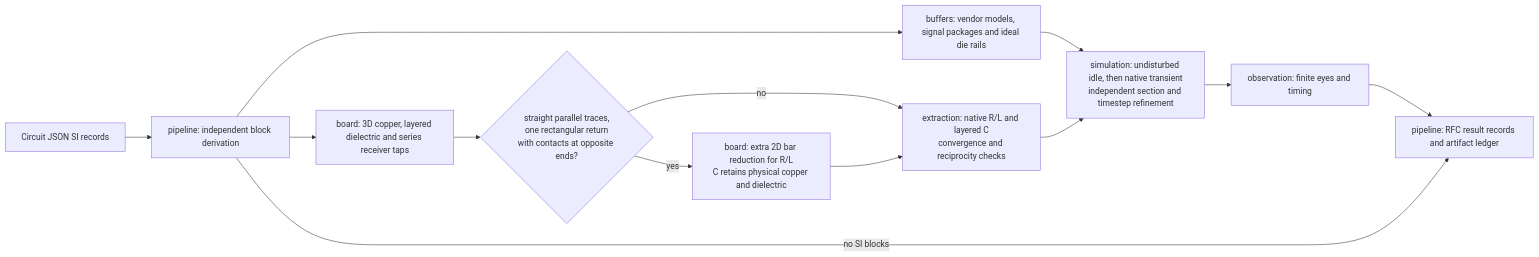
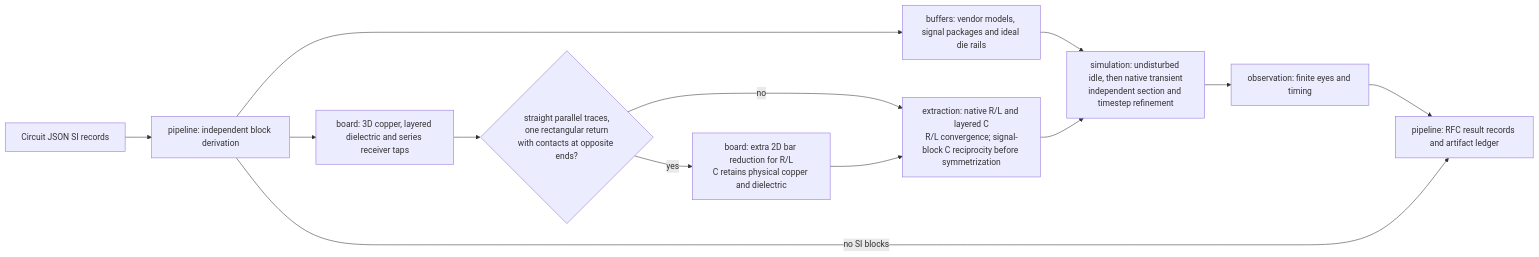
Before and after one commit to tscircuit/pcb-spice-pipeline: the first of 2 diagrams in docs/ARCHITECTURE.md, drawn with Mermaid. The commit also changed other lines of this file and 12 other files, not shown here.

Commit message:
fix: ground capacitance and symmetrize only after signal reciprocity passes

````diff
--- a/docs/ARCHITECTURE.md
+++ b/docs/ARCHITECTURE.md
@@ -9,15 +9,15 @@
 ```mermaid
 flowchart LR
   source["Circuit JSON SI records"] --> derive["pipeline: independent block derivation"]
   derive --> board3d["board: 3D copper, layered dielectric and series receiver taps"]
   board3d --> check{"straight parallel traces,<br/>one rectangular return<br/>with contacts at opposite ends?"}
   check -->|"yes"| bars["board: extra 2D bar reduction for R/L<br/>C retains physical copper and dielectric"]
   check -->|"no"| extract
-  bars --> extract["extraction: native R/L and layered C<br/>convergence and reciprocity checks"]
+  bars --> extract["extraction: native R/L and layered C<br/>R/L convergence; signal-block C reciprocity before symmetrization"]
   derive --> buffers["buffers: vendor models, signal packages and ideal die rails"]
   buffers --> simulate["simulation: undisturbed idle, then native transient<br/>independent section and timestep refinement"]
   extract --> simulate
   simulate --> observe["observation: finite eyes and timing"]
   observe --> results["pipeline: RFC result records and artifact ledger"]
   derive -->|"no SI blocks"| results
 ```
````
